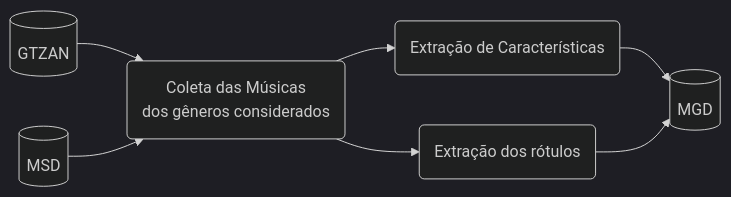
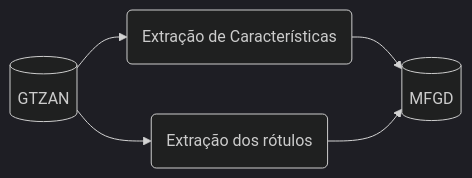
The diagram in README.md (ufrpe-2021-2-IA/music-dataset), drawn with Mermaid (dark theme) before and after one commit. The commit also changed other lines of this file and 4 other files, not shown here.

````diff
--- a/README.md
+++ b/README.md
@@ -9,11 +9,9 @@
 ```mermaid
 flowchart LR
 
-GTZAN[(GTZAN)] --> S1(Coleta das Músicas\ndos gêneros considerados)
-MSD[(MSD)] --> S1
-S1 --> S3(Extração dos rótulos)
-S1 --> S4(Extração de Características)
-S4 --> MGD[(MGD)]
-S3 --> MGD
+GTZAN[(GTZAN)] --> S3(Extração dos rótulos)
+GTZAN --> S4(Extração de Características)
+S4 --> MFGD[(MFGD)]
+S3 --> MFGD
 
 ```
````
